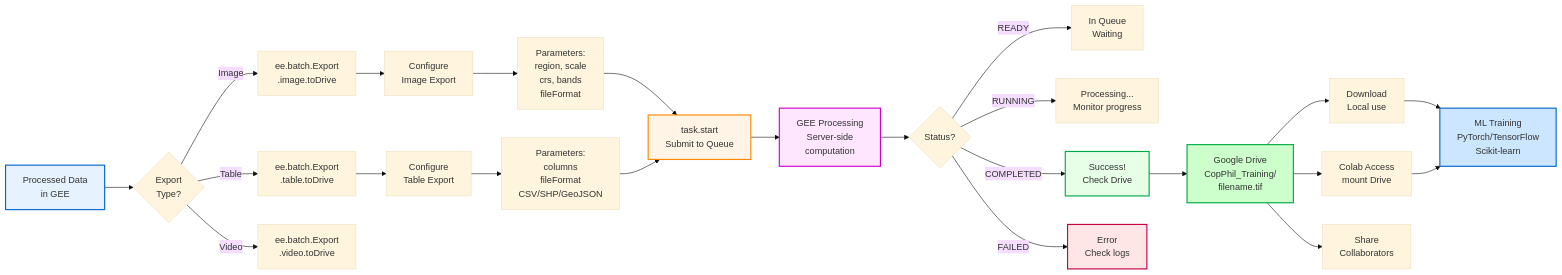
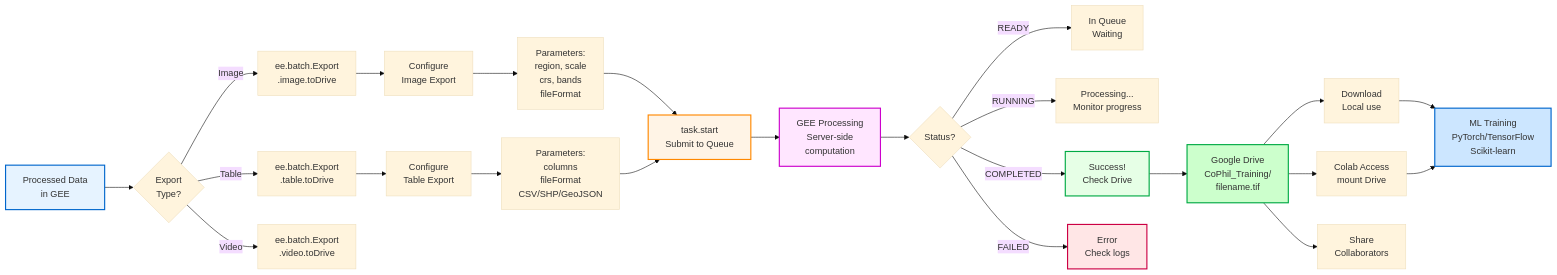
One commit to DimitrisKasabalis/EO_trainning changed the third of 3 diagrams in course_site/day1/sessions/session4.qmd. Above: the diagram before and after it, drawn with Mermaid (base theme). The commit also changed other lines of this file and 614 other files, not shown here.

````diff
--- a/course_site/day1/sessions/session4.qmd
+++ b/course_site/day1/sessions/session4.qmd
@@ -970,47 +941,47 @@
 ```{mermaid}
 %%| fig-cap: "Earth Engine Export Workflow"
 %%| fig-width: 100%
 
 flowchart LR
     A[Processed Data<br/>in GEE] --> B{Export<br/>Type?}
 
     B -->|Image| C1[ee.batch.Export<br/>.image.toDrive]
     B -->|Table| C2[ee.batch.Export<br/>.table.toDrive]
     B -->|Video| C3[ee.batch.Export<br/>.video.toDrive]
 
     C1 --> D1[Configure<br/>Image Export]
     C2 --> D2[Configure<br/>Table Export]
 
     D1 --> E1[Parameters:<br/>region, scale<br/>crs, bands<br/>fileFormat]
 
     D2 --> E2[Parameters:<br/>columns<br/>fileFormat<br/>CSV/SHP/GeoJSON]
 
     E1 --> F[task.start<br/>Submit to Queue]
     E2 --> F
 
     F --> G[GEE Processing<br/>Server-side<br/>computation]
 
     G --> H{Status?}
 
     H -->|READY| I[In Queue<br/>Waiting]
     H -->|RUNNING| J[Processing...<br/>Monitor progress]
     H -->|COMPLETED| K[Success!<br/>Check Drive]
     H -->|FAILED| L[Error<br/>Check logs]
 
-    K --> M[Google Drive<br/>CopPhil_Training/<br/>filename.tif]
+    K --> M[Google Drive<br/>CoPhil_Training/<br/>filename.tif]
 
     M --> N1[Download<br/>Local use]
     M --> N2[Colab Access<br/>mount Drive]
     M --> N3[Share<br/>Collaborators]
 
     N1 --> O[ML Training<br/>PyTorch/TensorFlow<br/>Scikit-learn]
     N2 --> O
 
     style A fill:#e6f3ff,stroke:#0066cc,stroke-width:2px
     style F fill:#fff4e6,stroke:#ff8800,stroke-width:2px
     style G fill:#ffe6ff,stroke:#cc00cc,stroke-width:2px
     style K fill:#e6ffe6,stroke:#00aa44,stroke-width:2px
     style L fill:#ffe6e6,stroke:#cc0044,stroke-width:2px
     style M fill:#ccffcc,stroke:#00aa44,stroke-width:2px
     style O fill:#cce6ff,stroke:#0066cc,stroke-width:2px
 ```
````
